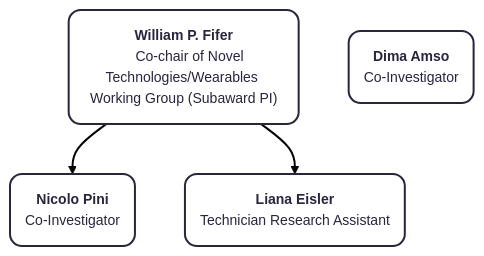
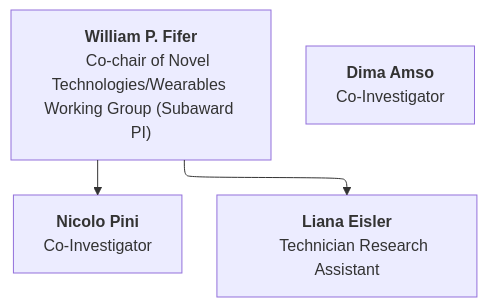
The fourth of 4 diagrams in docs/orgcharts_alt.md (DCAN-Labs/hbcd-docs-internal), drawn with Mermaid before and after one commit. The commit also changed other lines of this file, not shown here.

````diff
--- a/docs/orgcharts_alt.md
+++ b/docs/orgcharts_alt.md
@@ -395,16 +310,12 @@
 ```mermaid
 ---
 config:
-  theme: redux
+  layout: elk
 ---
 flowchart TD
     A["<b>William P. Fifer</b>
     Co-chair of Novel Technologies/Wearables Working Group (Subaward PI)"] --> n1["<b>Nicolo Pini</b><br>Co-Investigator"] & n2["<b>Liana Eisler</b>
     Technician Research Assistant"]
     C["<b>Dima Amso</b>
     Co-Investigator"]
-    A@{ shape: rounded}
-    n1@{ shape: rounded}
-    n2@{ shape: rounded}
-    C@{ shape: rounded}
 ```
````
